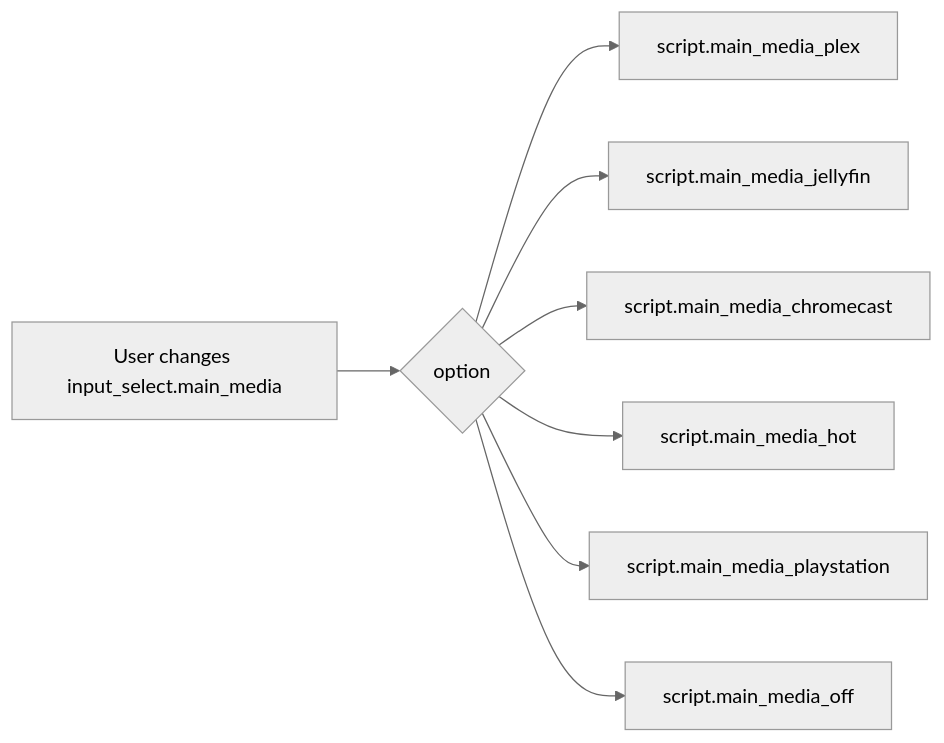
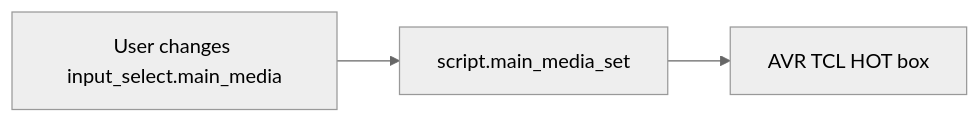
Before and after one commit to maximunited/hass: the first of 2 diagrams in repo-docs/automations-main-media.md, drawn with Mermaid (neutral theme). The commit also changed other lines of this file and 25 other files, not shown here.

First line of the commit message:
fix: restore main media scripts, MQTT RPI telemetry, and Pikud guards

````diff
--- a/repo-docs/automations-main-media.md
+++ b/repo-docs/automations-main-media.md
@@ -24,10 +27,5 @@
 ```mermaid
 flowchart LR
-  U[User changes input_select.main_media] --> C{option}
-  C --> Plex[script.main_media_plex]
-  C --> JF[script.main_media_jellyfin]
-  C --> CC[script.main_media_chromecast]
-  C --> HOT[script.main_media_hot]
-  C --> PS[script.main_media_playstation]
-  C --> Off[script.main_media_off]
+  U[User changes input_select.main_media] --> S[script.main_media_set]
+  S --> D[AVR TCL HOT box]
 ```
````
